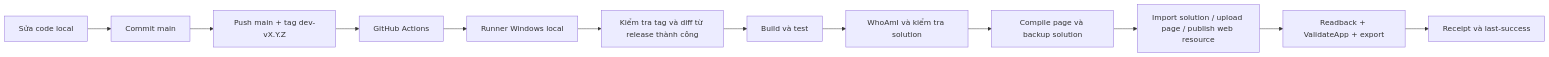
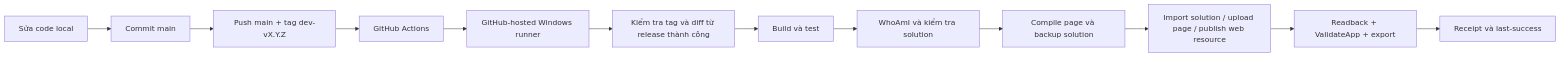
Before and after one commit to vuongicesmile/metasys-poc: the diagram in docs/runbooks/tag-release-dataverse.vi.md, drawn with Mermaid. The commit also changed other lines of this file and 36 other files, not shown here.

````diff
--- a/docs/runbooks/tag-release-dataverse.vi.md
+++ b/docs/runbooks/tag-release-dataverse.vi.md
@@ -7,14 +7,14 @@
 ```mermaid
 flowchart LR
     A[Sửa code local] --> B[Commit main]
     B --> C[Push main + tag dev-vX.Y.Z]
     C --> D[GitHub Actions]
-    D --> E[Runner Windows local]
+    D --> E[GitHub-hosted Windows runner]
     E --> F[Kiểm tra tag và diff từ release thành công]
     F --> G[Build và test]
     G --> H[WhoAmI và kiểm tra solution]
     H --> I[Compile page và backup solution]
     I --> J[Import solution / upload page / publish web resource]
     J --> K[Readback + ValidateApp + export]
     K --> L[Receipt và last-success]
 ```
````
